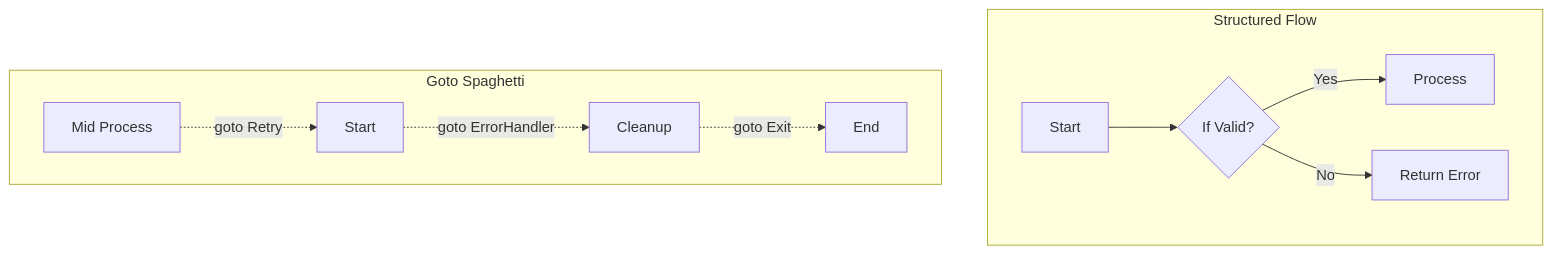
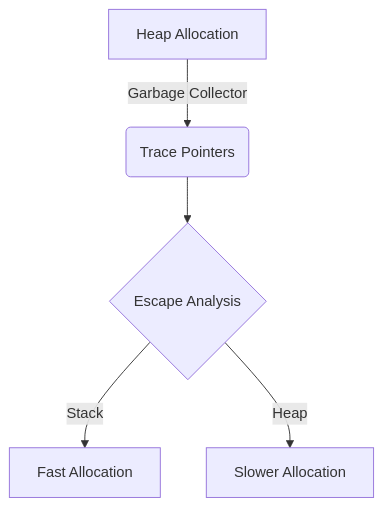
Before and after one commit to Suryavamsi53/goverseforgophers: the diagram in content/lessons/go-fundamentals/021-goto-when-not-to-use.md, drawn with Mermaid. The commit also changed other lines of this file and 33 other files, not shown here.

````diff
--- a/content/lessons/go-fundamentals/021-goto-when-not-to-use.md
+++ b/content/lessons/go-fundamentals/021-goto-when-not-to-use.md
@@ -20,14 +16,7 @@
 ```mermaid
 graph TD
-    subgraph Structured Flow
-        A[Start] --> B{If Valid?}
-        B -->|Yes| C[Process]
-        B -->|No| D[Return Error]
-    end
-
-    subgraph Goto Spaghetti
-        E[Start] -.->|goto ErrorHandler| F[Cleanup]
-        G[Mid Process] -.->|goto Retry| E
-        F -.->|goto Exit| H[End]
-    end
+    A[Heap Allocation] -->|Garbage Collector| B(Trace Pointers)
+    B --> C{Escape Analysis}
+    C -->|Stack| D[Fast Allocation]
+    C -->|Heap| E[Slower Allocation]
 ```
````
